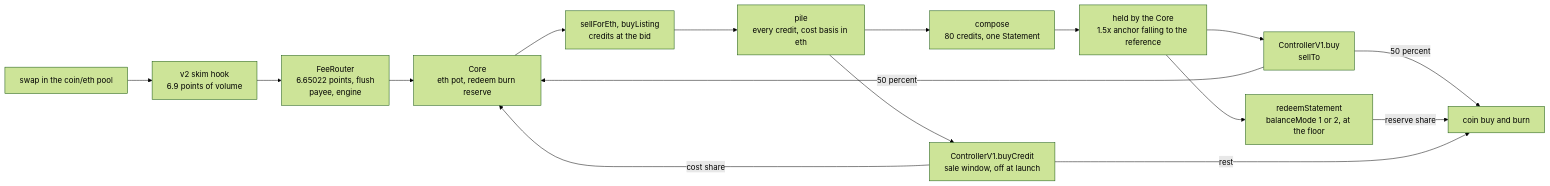
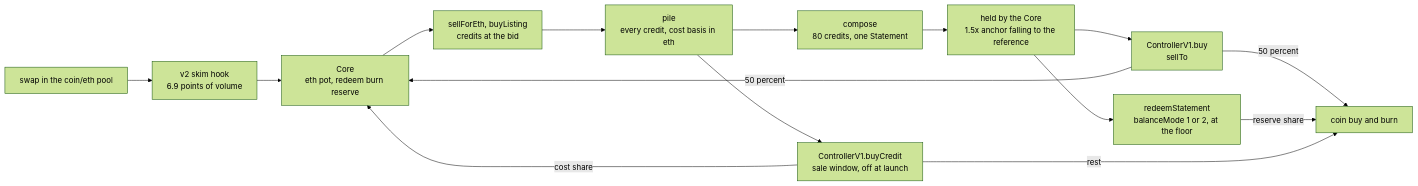
Before and after one commit to moose-code/cc: the diagram in README.md, drawn with Mermaid (forest theme). The commit also changed other lines of this file and 100 other files, not shown here.

````diff
--- a/README.md
+++ b/README.md
@@ -17,25 +17,24 @@
 ```mermaid
 graph LR
     swap["swap in the coin/eth pool"]
     hook["v2 skim hook<br/>6.9 points of volume"]
-    router["FeeRouter<br/>6.65022 points, flush<br/>payee, engine"]
     core["Core<br/>eth pot, redeem burn reserve"]
     buy["sellForEth, buyListing<br/>credits at the bid"]
     compose["compose<br/>80 credits, one Statement"]
     pile["pile<br/>every credit, cost basis in eth"]
     held["held by the Core<br/>1.5x anchor falling to the reference"]
     credsale["ControllerV1.buyCredit<br/>sale window, off at launch"]
     sold["ControllerV1.buy<br/>sellTo"]
     burn["coin buy and burn"]
     redeem["redeemStatement<br/>balanceMode 1 or 2, at the floor"]
 
-    swap --> hook --> router --> core --> buy --> pile --> compose --> held
+    swap --> hook --> core --> buy --> pile --> compose --> held
     pile --> credsale
     held --> sold
     held --> redeem
     sold -->|50 percent| burn
     sold -->|50 percent| core
     redeem -->|reserve share| burn
     credsale -->|cost share| core
     credsale -->|rest| burn
 ```
````
